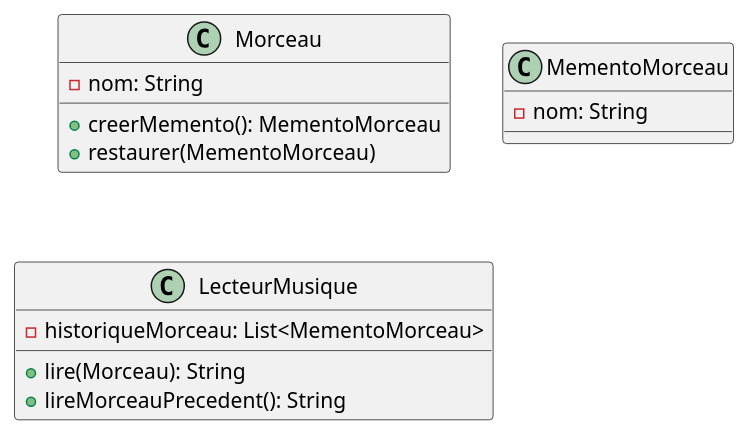
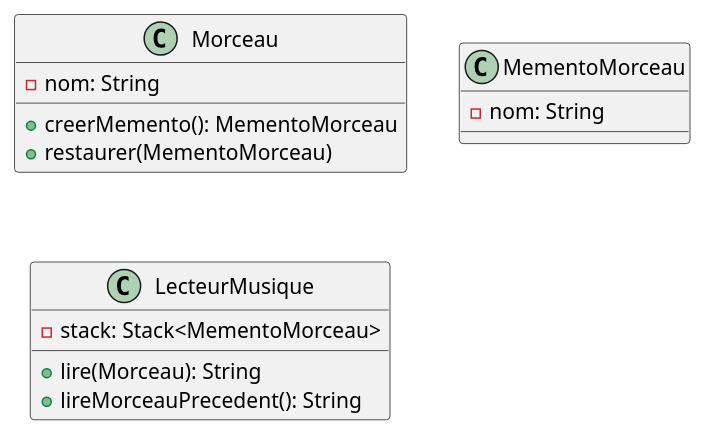
One commit to jandry/design-pattern changed the diagram in src/uml/memento.puml. Above: the diagram before and after it, drawn with PlantUML.

```diff
--- a/src/uml/memento.puml
+++ b/src/uml/memento.puml
@@ -1,19 +1,19 @@
 @startuml Memento
 
 class Morceau {
     - nom: String
     + creerMemento(): MementoMorceau
     + restaurer(MementoMorceau)
 }
 
 class MementoMorceau {
     - nom: String
 }
 
 class LecteurMusique {
-    - historiqueMorceau: List<MementoMorceau>
+    - stack: Stack<MementoMorceau>
     + lire(Morceau): String
     + lireMorceauPrecedent(): String
 }
 
 @enduml
```
